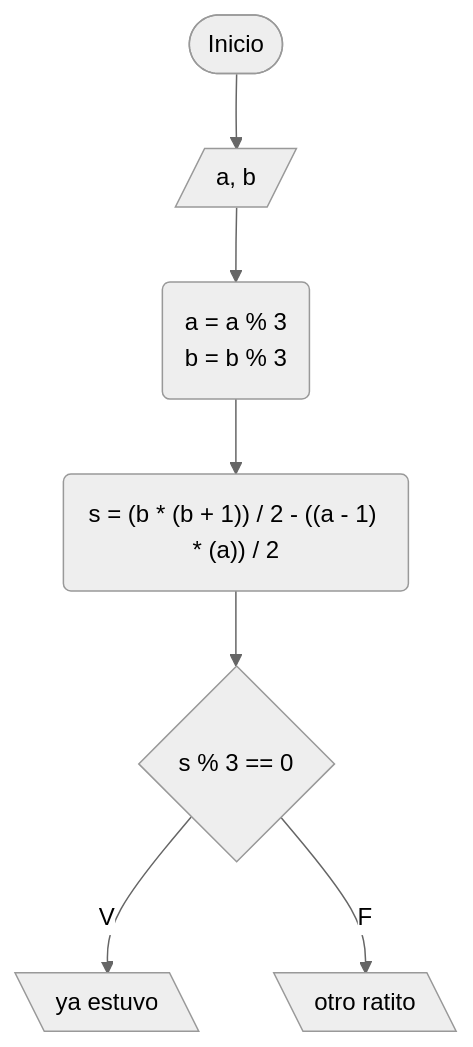
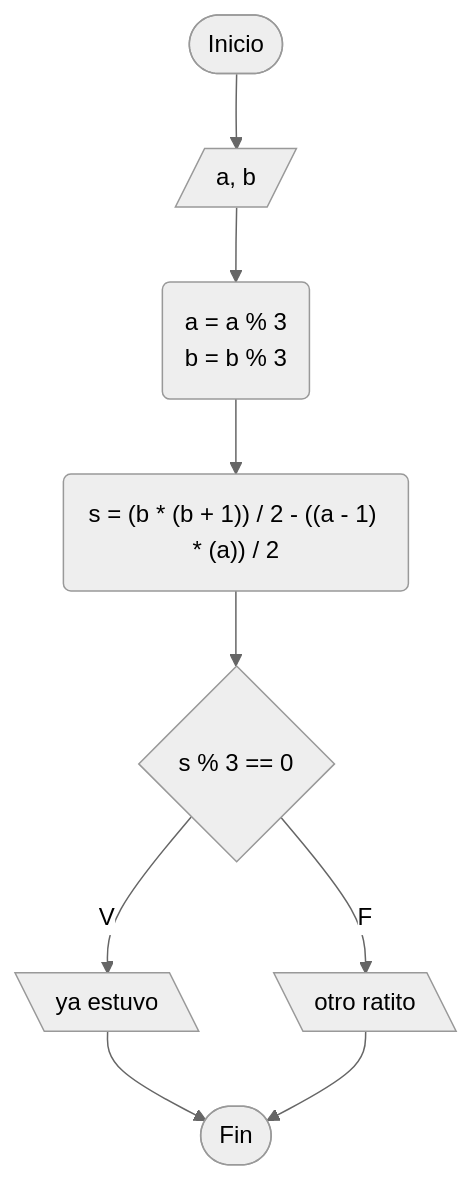
One commit to KaarLarax/CPC_UAEH_Documentation changed the diagram in 2026/Campamento_Primavera_2026/Segundo_Concurso/26p2c3d_quien_es_benito_version_2.md. Above: the diagram before and after it, drawn with Mermaid (neutral theme).

````diff
--- a/2026/Campamento_Primavera_2026/Segundo_Concurso/26p2c3d_quien_es_benito_version_2.md
+++ b/2026/Campamento_Primavera_2026/Segundo_Concurso/26p2c3d_quien_es_benito_version_2.md
@@ -81,10 +81,12 @@
 ```mermaid
 graph TD;
 A([Inicio]) --> B[/a, b/]
 B --> C(a = a % 3
         b = b % 3)
 C --> D("s = (b * (b + 1)) / 2 - ((a - 1) * (a)) / 2")
 D --> E{s % 3 == 0}
 E --V--> F[\ya estuvo\]
 E --F--> G[\otro ratito\]
+F --> Z([Fin])
+G --> Z([Fin])
 ```
````
